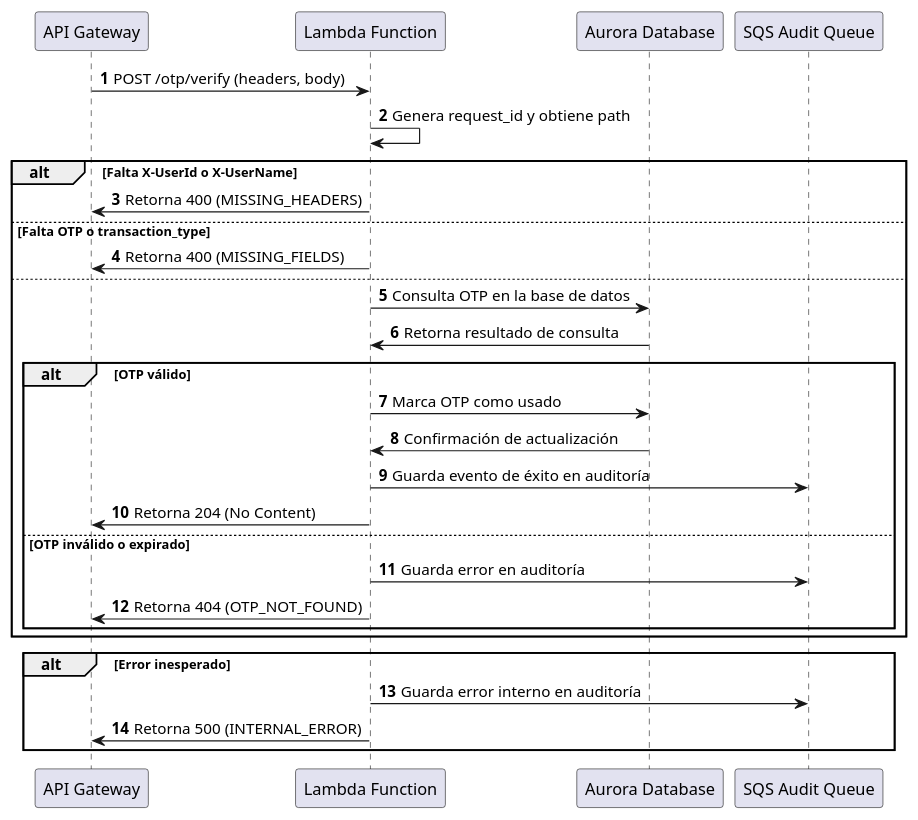
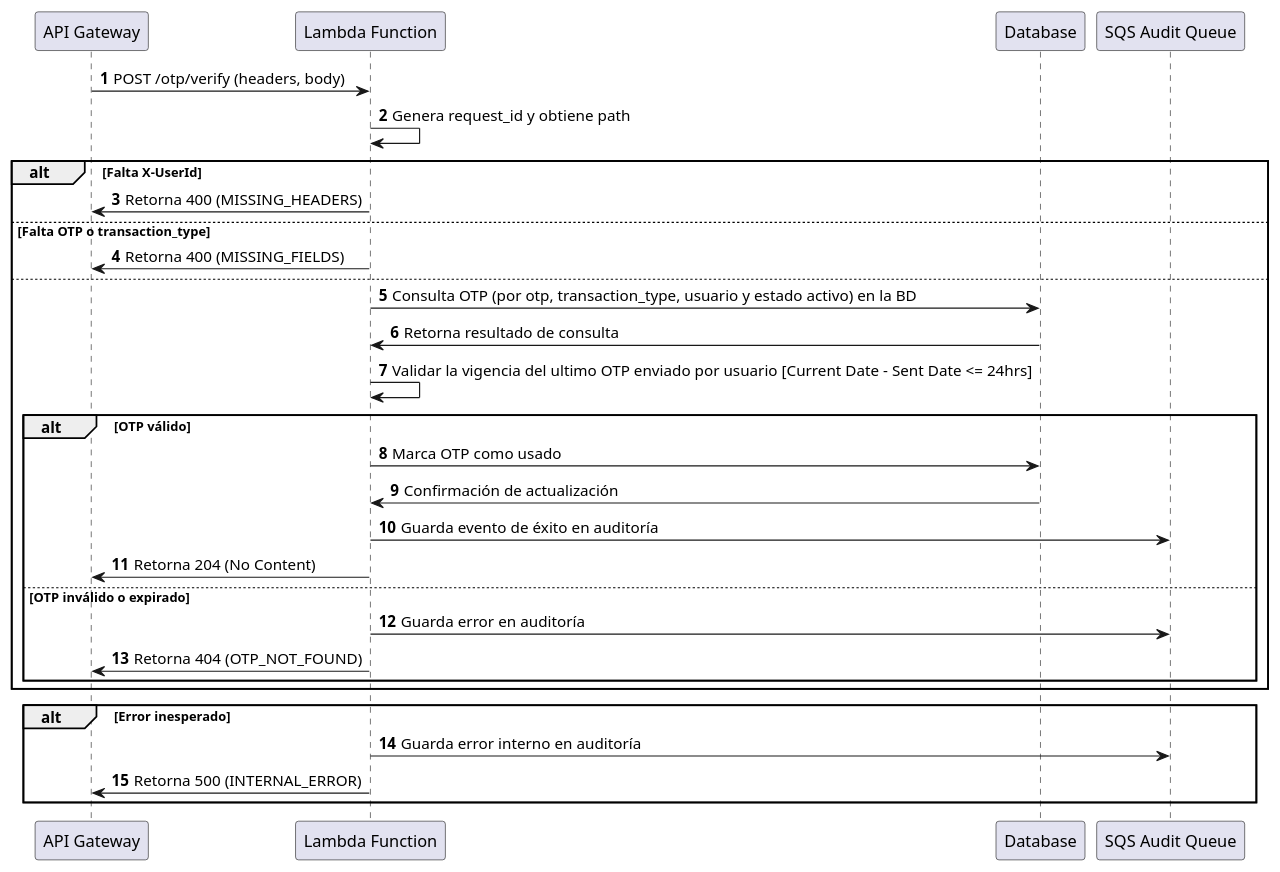
The diagram in plant-uml/notifications-lambdas/lam_coto_verificacion_notifications.puml (Jiliar/arch-coto-diagrams), drawn with PlantUML before and after one commit. The commit also changed 19 other files, not shown here.

```diff
--- a/plant-uml/notifications-lambdas/lam_coto_verificacion_notifications.puml
+++ b/plant-uml/notifications-lambdas/lam_coto_verificacion_notifications.puml
@@ -1,36 +1,36 @@
 @startuml
 autonumber
 
 participant "API Gateway" as API
 participant "Lambda Function" as Lambda
-participant "Aurora Database" as Aurora
+participant "Database" as Aurora
 participant "SQS Audit Queue" as SQS_Audit
 
 API -> Lambda: POST /otp/verify (headers, body)
 Lambda -> Lambda: Genera request_id y obtiene path
 
-alt Falta X-UserId o X-UserName
+alt Falta X-UserId
     Lambda -> API: Retorna 400 (MISSING_HEADERS)
 else Falta OTP o transaction_type
     Lambda -> API: Retorna 400 (MISSING_FIELDS)
 else
-    Lambda -> Aurora: Consulta OTP en la base de datos
+    Lambda -> Aurora: Consulta OTP (por otp, transaction_type, usuario y estado activo) en la BD
     Aurora -> Lambda: Retorna resultado de consulta
-
+    Lambda -> Lambda: Validar la vigencia del ultimo OTP enviado por usuario [Current Date - Sent Date <= 24hrs]
     alt OTP válido
         Lambda -> Aurora: Marca OTP como usado
         Aurora -> Lambda: Confirmación de actualización
         Lambda -> SQS_Audit: Guarda evento de éxito en auditoría
         Lambda -> API: Retorna 204 (No Content)
     else OTP inválido o expirado
         Lambda -> SQS_Audit: Guarda error en auditoría
         Lambda -> API: Retorna 404 (OTP_NOT_FOUND)
     end
 end
 
 alt Error inesperado
     Lambda -> SQS_Audit: Guarda error interno en auditoría
     Lambda -> API: Retorna 500 (INTERNAL_ERROR)
 end
 
 @enduml
```
